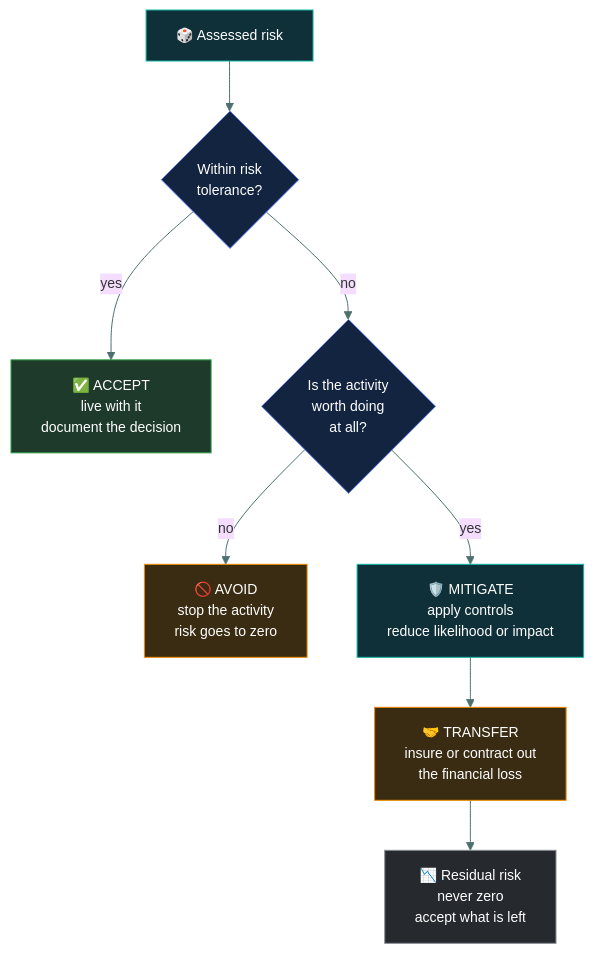
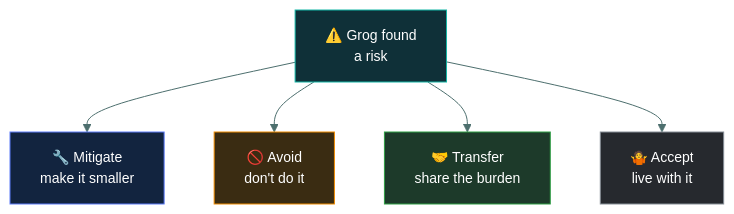
The first of 3 diagrams in 01-security-principles/risk-treatment/README.md (tarunTejaDesireddy/cc-exam-prep), drawn with Mermaid before and after one commit. The commit also changed other lines of this file and 1 other file, not shown here.

First line of the commit message:
Rewrite risk-treatment with the four-treatments caveman walkthrough

````diff
--- a/01-security-principles/risk-treatment/README.md
+++ b/01-security-principles/risk-treatment/README.md
@@ -71,20 +31,15 @@
 ```mermaid
-%%{init: {'theme':'base','themeVariables':{'fontSize':'14px','lineColor':'#4d6f6e','textColor':'#dbe7e6'}}}%%
+%%{init: {'theme':'base','themeVariables':{'fontFamily':'Segoe UI, Helvetica Neue, Arial, sans-serif','fontSize':'14px','lineColor':'#4d6f6e','textColor':'#dbe7e6'}}}%%
 flowchart TD
-    R["🎲 Assessed risk"] --> Q{"Within risk<br/>tolerance?"}
-    Q -->|yes| AC["✅ ACCEPT<br/>live with it<br/>document the decision"]
-    Q -->|no| H{"Is the activity<br/>worth doing<br/>at all?"}
-    H -->|no| AV["🚫 AVOID<br/>stop the activity<br/>risk goes to zero"]
-    H -->|yes| M["🛡️ MITIGATE<br/>apply controls<br/>reduce likelihood or impact"]
-    M --> T["🤝 TRANSFER<br/>insure or contract out<br/>the financial loss"]
-    T --> RS["📉 Residual risk<br/>never zero<br/>accept what is left"]
+    R["⚠️ Grog found<br/>a risk"]
+    R --> M["🔧 Mitigate<br/>make it smaller"]
+    R --> AV["🚫 Avoid<br/>don't do it"]
+    R --> TR["🤝 Transfer<br/>share the burden"]
+    R --> AC["🤷 Accept<br/>live with it"]
 
     style R fill:#0f3038,stroke:#12B5A5,color:#fff
-    style Q fill:#12243f,stroke:#5C7CFA,color:#fff
-    style H fill:#12243f,stroke:#5C7CFA,color:#fff
-    style AC fill:#1d3a2a,stroke:#2F9E44,color:#fff
+    style M fill:#12243f,stroke:#5C7CFA,color:#fff
     style AV fill:#3a2c12,stroke:#F08C00,color:#fff
-    style M fill:#0f3038,stroke:#12B5A5,color:#fff
-    style T fill:#3a2c12,stroke:#F08C00,color:#fff
-    style RS fill:#26292e,stroke:#868E96,color:#fff
+    style TR fill:#1d3a2a,stroke:#2F9E44,color:#fff
+    style AC fill:#26292e,stroke:#868E96,color:#fff
 ```
````
